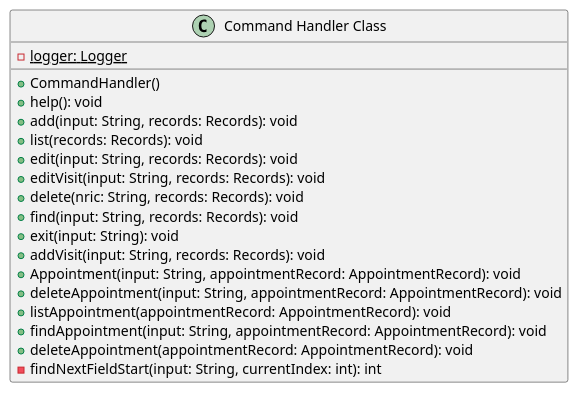
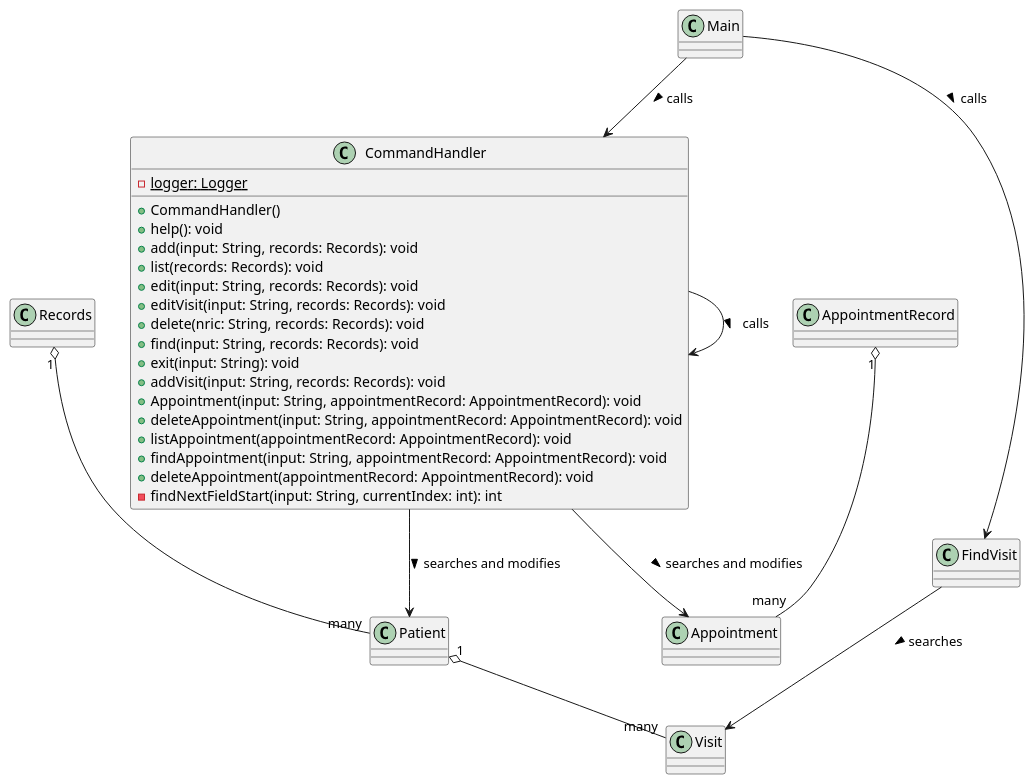
Before and after one commit to yentheng0110/tp: the diagram in docs/CommandHandler.puml, drawn with PlantUML. The commit also changed 7 other files, not shown here.

Commit message:
Class diagram association arrows

```diff
--- a/docs/CommandHandler.puml
+++ b/docs/CommandHandler.puml
@@ -1,22 +1,39 @@
 @startuml
 'https://plantuml.com/class-diagram
-class "Command Handler Class" {
+class CommandHandler {
 -{static} logger: Logger
 +CommandHandler()
 +help(): void
 +add(input: String, records: Records): void
 +list(records: Records): void
 +edit(input: String, records: Records): void
 +editVisit(input: String, records: Records): void
 +delete(nric: String, records: Records): void
 +find(input: String, records: Records): void
 +exit(input: String): void
 +addVisit(input: String, records: Records): void
 +Appointment(input: String, appointmentRecord: AppointmentRecord): void
 +deleteAppointment(input: String, appointmentRecord: AppointmentRecord): void
 +listAppointment(appointmentRecord: AppointmentRecord): void
 +findAppointment(input: String, appointmentRecord: AppointmentRecord): void
 +deleteAppointment(appointmentRecord: AppointmentRecord): void
 -findNextFieldStart(input: String, currentIndex: int): int
 }
+
+class Patient {}
+class Visit {}
+class Main {}
+class Records {}
+class AppointmentRecord {}
+
+CommandHandler --> CommandHandler: calls >
+CommandHandler --> Appointment : searches and modifies >
+AppointmentRecord "1" o-- "many" Appointment
+Main --> CommandHandler : calls >
+Main --> FindVisit : calls >
+CommandHandler --> Patient : searches and modifies >
+FindVisit --> Visit : searches >
+Records "1" o-- "many" Patient
+Patient "1" o-- "many" Visit
+
 @enduml
```
